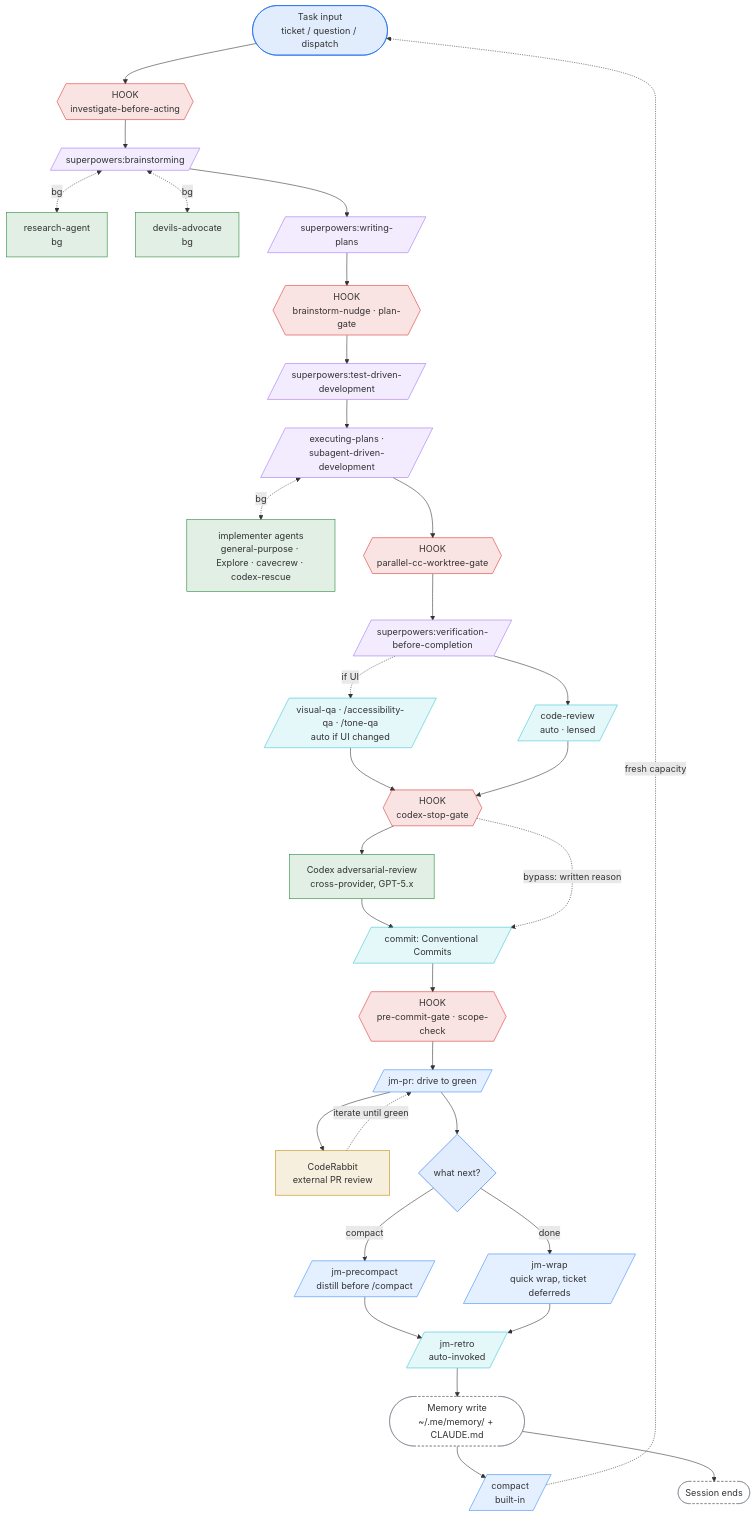
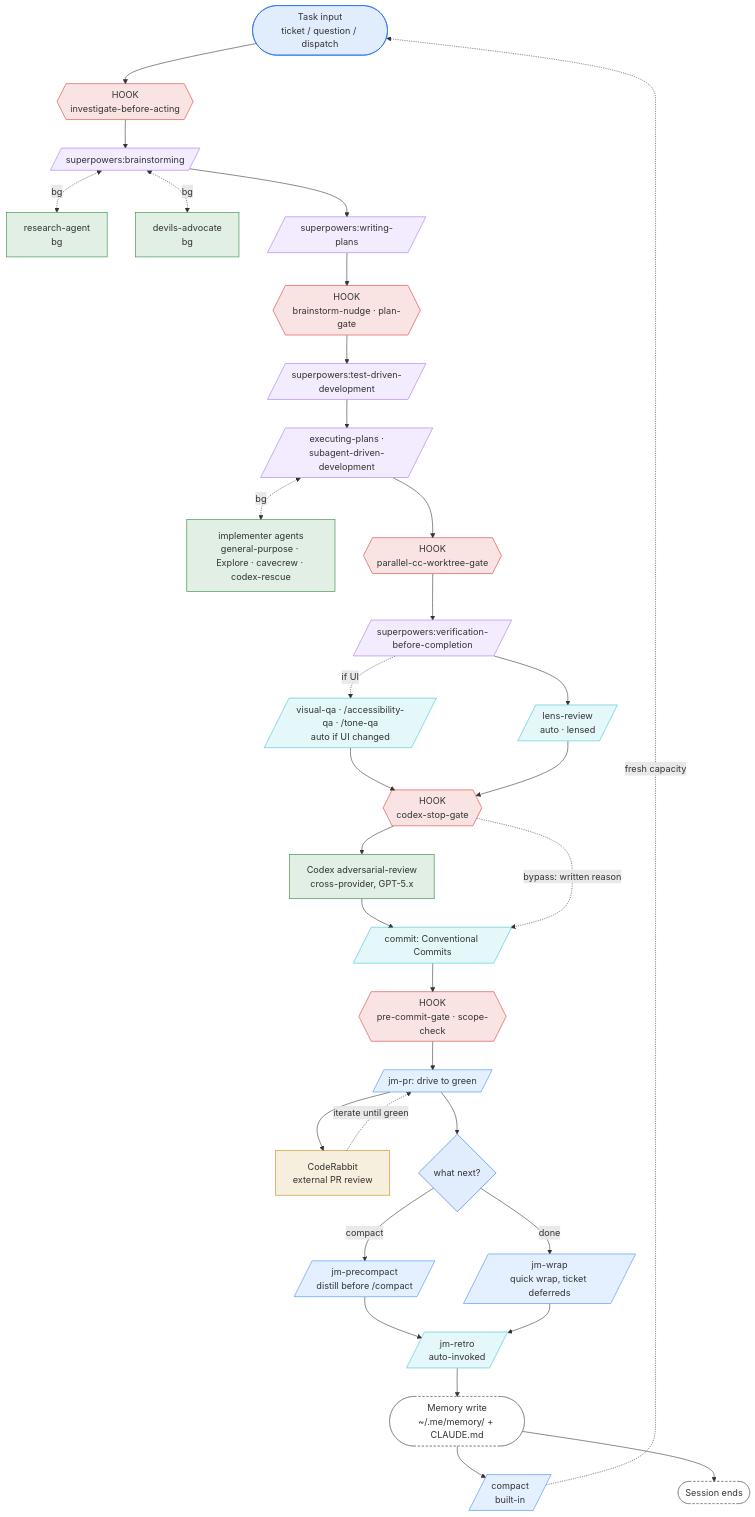
The diagram in README.md (thebestmensch/jm-workflow), drawn with Mermaid before and after one commit. The commit also changed other lines of this file and 23 other files, not shown here.

````diff
--- a/README.md
+++ b/README.md
@@ -11,59 +11,59 @@
 ```mermaid
 flowchart TD
     Intake([Task input<br/>ticket / question / dispatch]):::start
     GateInvestigate{{HOOK<br/>investigate-before-acting}}:::hook
     Brainstorm[/superpowers:brainstorming/]:::skill
     Research[research-agent<br/>bg]:::agent
     Devils[devils-advocate<br/>bg]:::agent
     WritingPlans[/superpowers:writing-plans/]:::skill
     GatePlan{{HOOK<br/>brainstorm-nudge · plan-gate}}:::hook
     TDD[/superpowers:test-driven-development/]:::skill
     SDD[/executing-plans ·<br/>subagent-driven-development/]:::skill
     Implementers[implementer agents<br/>general-purpose · Explore · cavecrew · codex-rescue]:::agent
     GateWorktree{{HOOK<br/>parallel-cc-worktree-gate}}:::hook
     Verify[/superpowers:verification-before-completion/]:::skill
-    CodeReview[/code-review<br/>auto · lensed/]:::autocmd
+    CodeReview[/lens-review<br/>auto · lensed/]:::autocmd
     UiQA[/visual-qa · /accessibility-qa · /tone-qa<br/>auto if UI changed/]:::autocmd
     GateCodex{{HOOK<br/>codex-stop-gate}}:::hook
     Codex[Codex adversarial-review<br/>cross-provider, GPT-5.x]:::agent
     Commit[/commit: Conventional Commits/]:::autocmd
     GateCommit{{HOOK<br/>pre-commit-gate · scope-check}}:::hook
     PR[/jm-pr: drive to green/]:::cmd
     CR[CodeRabbit<br/>external PR review]:::ext
     Decision{what next?}:::start
     Precompact[/jm-precompact<br/>distill before /compact/]:::cmd
     Wrap[/jm-wrap<br/>quick wrap, ticket deferreds/]:::cmd
     Retro[/jm-retro<br/>auto-invoked/]:::autocmd
     Memory([Memory write<br/>~/.me/memory/ + CLAUDE.md]):::terminus
     Compact[/compact<br/>built-in/]:::cmd
     EndNode([Session ends]):::terminus
 
     Intake --> GateInvestigate --> Brainstorm
     Brainstorm <-.bg.-> Research
     Brainstorm <-.bg.-> Devils
     Brainstorm --> WritingPlans --> GatePlan --> TDD --> SDD
     SDD <-.bg.-> Implementers
     SDD --> GateWorktree --> Verify --> CodeReview
     Verify -.if UI.-> UiQA --> GateCodex
     CodeReview --> GateCodex --> Codex --> Commit
     GateCodex -.bypass: written reason.-> Commit
     Commit --> GateCommit --> PR
     PR --> CR
     CR -.iterate until green.-> PR
     PR --> Decision
     Decision -- compact --> Precompact --> Retro
     Decision -- done --> Wrap --> Retro
     Retro --> Memory
     Memory --> Compact
     Memory --> EndNode
     Compact -.fresh capacity.-> Intake
 
     classDef start fill:#1f6feb22,stroke:#1f6feb
     classDef terminus fill:transparent,stroke:#6e7681,stroke-dasharray:4 3
     classDef skill fill:#a371f722,stroke:#a371f7
     classDef cmd fill:#388bfd22,stroke:#388bfd
     classDef autocmd fill:#39c5d422,stroke:#39c5d4
     classDef agent fill:#23863622,stroke:#238636
     classDef ext fill:#bf870022,stroke:#bf8700
     classDef hook fill:#da363322,stroke:#da3633
 ```
````
